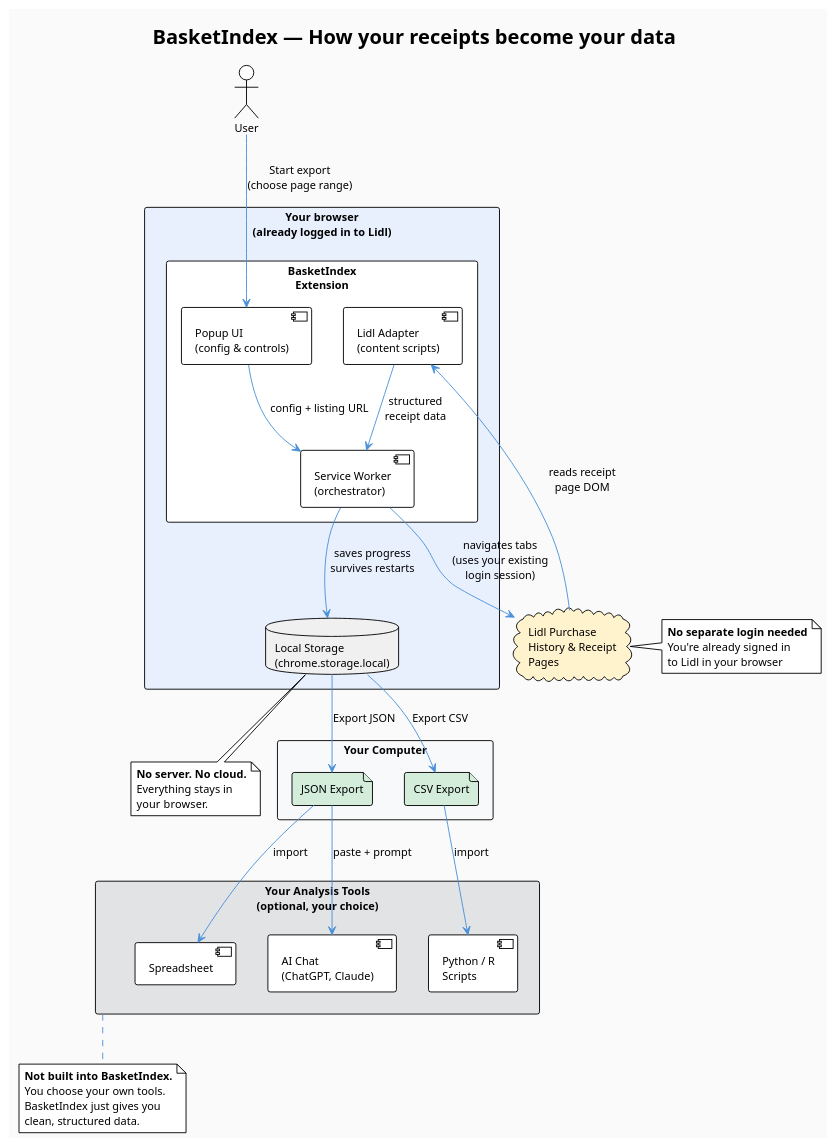
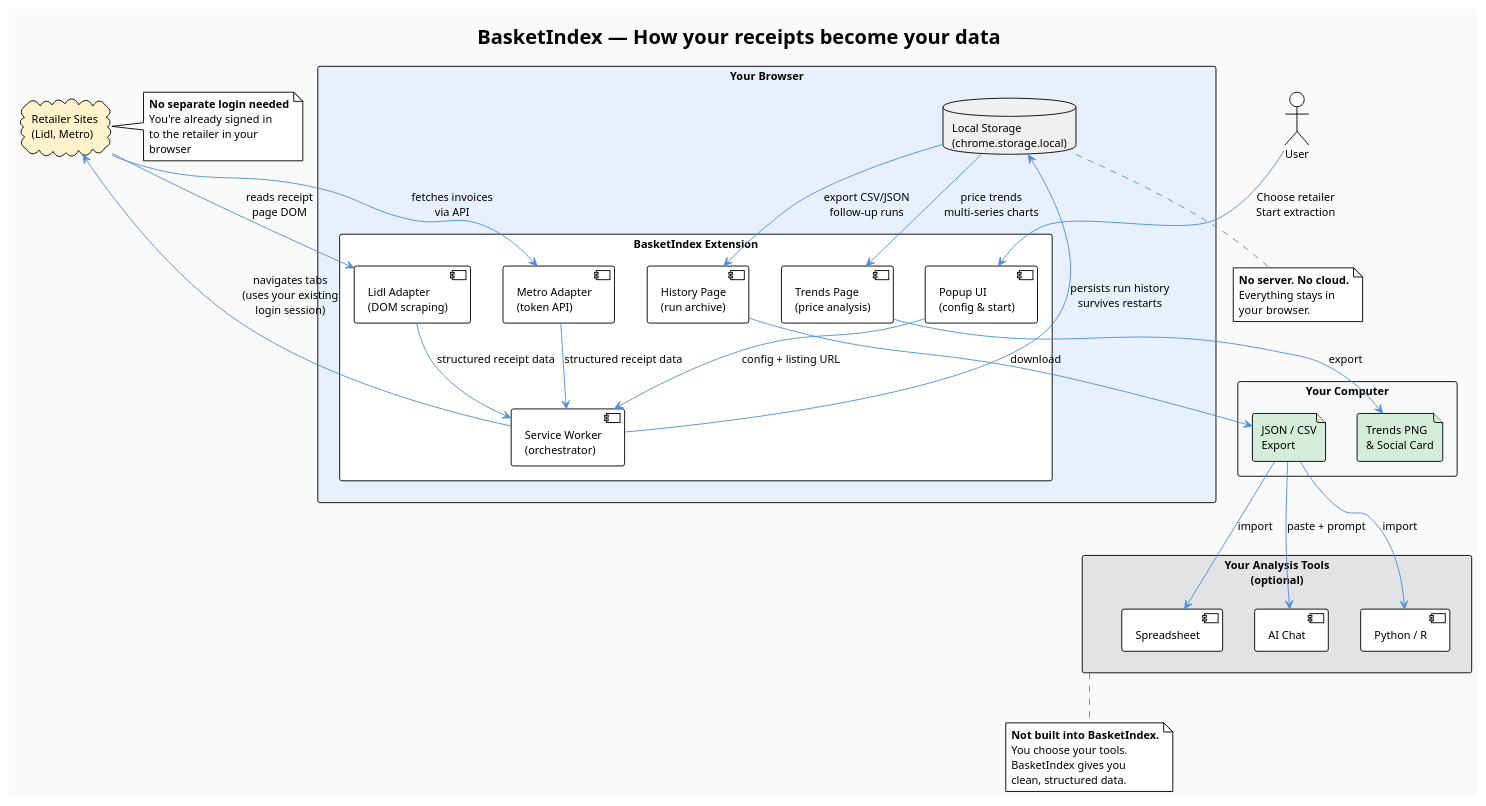
One commit to stefanatanassov/basketindex changed the first of 2 diagrams in docs/diagrams/public-architecture.md. Above: the diagram before and after it, drawn with PlantUML. The commit also changed other lines of this file and 1 other file, not shown here.

````diff
--- a/docs/diagrams/public-architecture.md
+++ b/docs/diagrams/public-architecture.md
@@ -40,67 +42,76 @@
 ```plantuml
 @startuml
 !theme plain
 skinparam backgroundColor #FAFAFA
 skinparam defaultFontSize 12
 skinparam shadowing false
 skinparam ArrowColor #4a90d9
 
 title BasketIndex — How your receipts become your data
 
 actor User
 
-rectangle "Your browser\n(already logged in to Lidl)" as Browser #E8F0FE {
-  rectangle "BasketIndex\nExtension" as Extension #FFFFFF {
-    component "Popup UI\n(config & controls)" as Popup
+rectangle "Your Browser" as Browser #E8F0FE {
+  rectangle "BasketIndex Extension" as Extension #FFFFFF {
+    component "Popup UI\n(config & start)" as Popup
     component "Service Worker\n(orchestrator)" as SW
-    component "Lidl Adapter\n(content scripts)" as Adapter
+    component "Lidl Adapter\n(DOM scraping)" as LidlA
+    component "Metro Adapter\n(token API)" as MetroA
+    component "History Page\n(run archive)" as History
+    component "Trends Page\n(price analysis)" as Trends
   }
   database "Local Storage\n(chrome.storage.local)" as Storage #F0F0F0
 }
 
-cloud "Lidl Purchase\nHistory & Receipt\nPages" as Lidl #FFF3CD
+cloud "Retailer Sites\n(Lidl, Metro)" as Retailer #FFF3CD
 
 rectangle "Your Computer" as Computer #F8F9FA {
-  file "JSON Export" as JSON #D4EDDA
-  file "CSV Export" as CSV #D4EDDA
+  file "JSON / CSV\nExport" as Export #D4EDDA
+  file "Trends PNG\n& Social Card" as Img #D4EDDA
 }
 
-rectangle "Your Analysis Tools\n(optional, your choice)" as Analysis #E2E3E5 {
+rectangle "Your Analysis Tools\n(optional)" as Analysis #E2E3E5 {
   component "Spreadsheet" as Sheet
-  component "AI Chat\n(ChatGPT, Claude)" as AI
-  component "Python / R\nScripts" as Python
+  component "AI Chat" as AI
+  component "Python / R" as Python
 }
 
-User --> Popup : "Start export\n(choose page range)"
+User --> Popup : "Choose retailer\nStart extraction"
 Popup --> SW : "config + listing URL"
-SW --> Lidl : "navigates tabs\n(uses your existing\nlogin session)"
-Lidl --> Adapter : "reads receipt\npage DOM"
-Adapter --> SW : "structured\nreceipt data"
-SW --> Storage : "saves progress\nsurvives restarts"
-Storage --> JSON : "Export JSON"
-Storage --> CSV : "Export CSV"
-JSON --> Sheet : "import"
-CSV --> Python : "import"
-JSON --> AI : "paste + prompt"
+SW --> Retailer : "navigates tabs\n(uses your existing\nlogin session)"
+Retailer --> LidlA : "reads receipt\npage DOM"
+Retailer --> MetroA : "fetches invoices\nvia API"
+LidlA --> SW : "structured receipt data"
+MetroA --> SW : "structured receipt data"
+SW --> Storage : "persists run history\nsurvives restarts"
+Storage --> History : "export CSV/JSON\nfollow-up runs"
+Storage --> Trends : "price trends\nmulti-series charts"
+History --> Export : "download"
+Trends --> Img : "export"
 
-note right of Lidl
+Export --> Sheet : "import"
+Export --> Python : "import"
+Export --> AI : "paste + prompt"
+
+note right of Retailer
   **No separate login needed**
   You're already signed in
-  to Lidl in your browser
+  to the retailer in your
+  browser
 end note
 
 note bottom of Storage
   **No server. No cloud.**
   Everything stays in
   your browser.
 end note
 
 note bottom of Analysis
   **Not built into BasketIndex.**
-  You choose your own tools.
-  BasketIndex just gives you
+  You choose your tools.
+  BasketIndex gives you
   clean, structured data.
 end note
 
 @enduml
 ```
````
